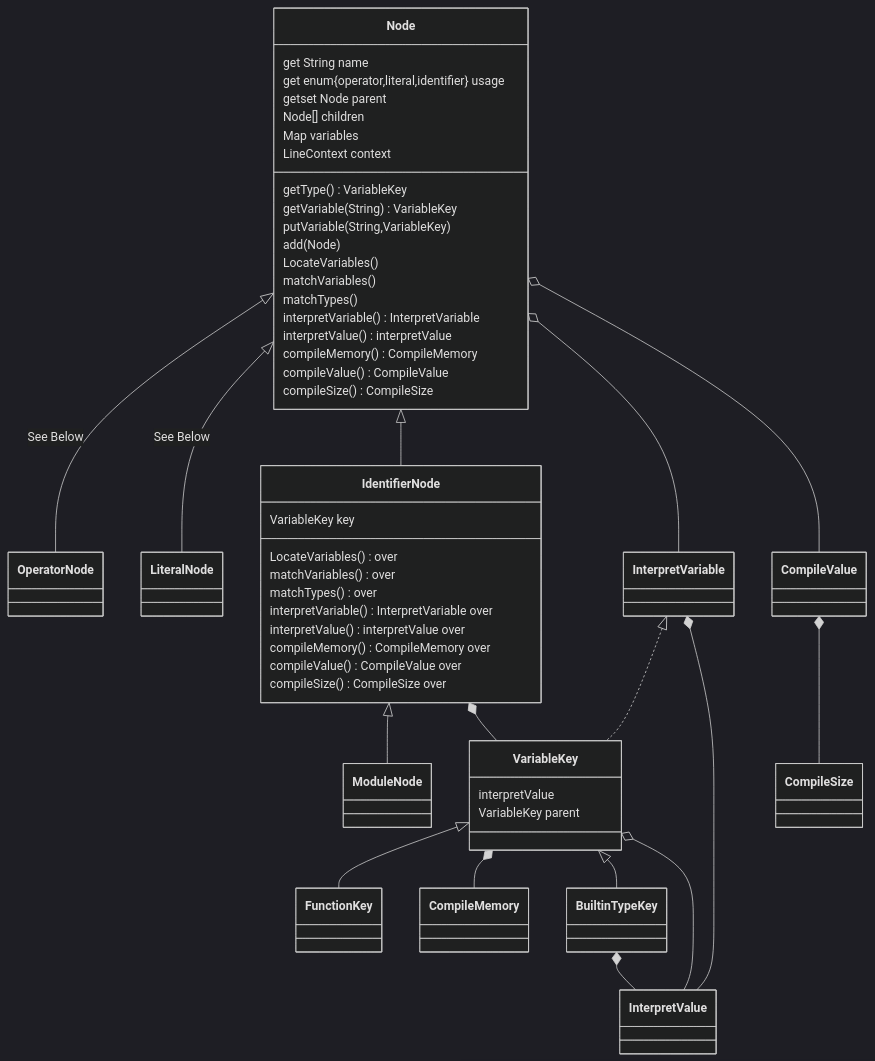
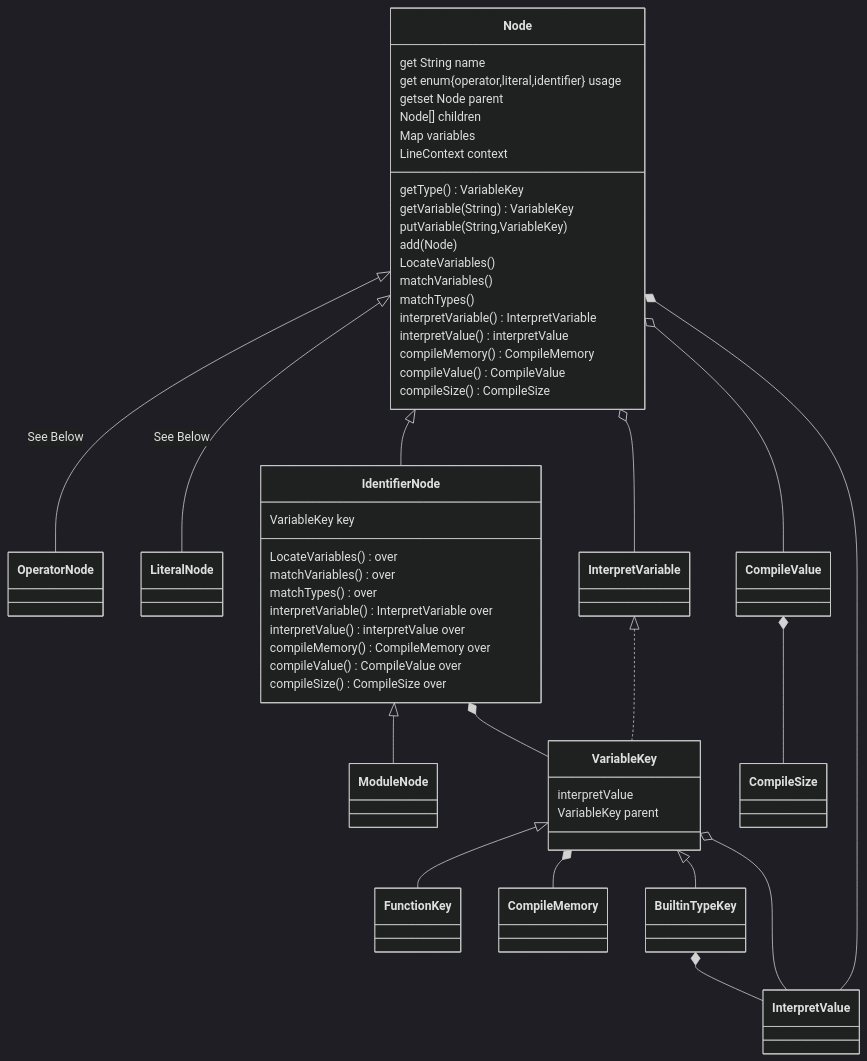
Before and after one commit to Jzhyang1/Monomer: the first of 4 diagrams in README.md, drawn with Mermaid (dark theme). The commit also changed other lines of this file, not shown here.

````diff
--- a/README.md
+++ b/README.md
@@ -239,50 +239,50 @@
 ```mermaid
 classDiagram
 Node <|-- OperatorNode: See Below
 Node <|-- LiteralNode: See Below
 Node <|-- IdentifierNode
 Node o-- InterpretVariable
 IdentifierNode <|-- ModuleNode
 IdentifierNode *-- VariableKey
 VariableKey <|-- FunctionKey
 VariableKey *-- CompileMemory
 VariableKey <|-- BuiltinTypeKey
 BuiltinTypeKey *-- InterpretValue
 VariableKey o-- InterpretValue
 InterpretVariable <|.. VariableKey
 CompileValue *-- CompileSize
 Node o-- CompileValue
-InterpretVariable *-- InterpretValue
+Node *-- InterpretValue
 
 Node: get String name
 Node: get enum{operator,literal,identifier} usage
 Node: getset Node parent
 Node: Node[] children
 Node: Map<String, VariableKey> variables
 Node: LineContext context
 Node: getType() VariableKey
 Node: getVariable(String) VariableKey
 Node: putVariable(String,VariableKey)
 Node: add(Node)
 Node: LocateVariables()
 Node: matchVariables()
 Node: matchTypes()
 Node: interpretVariable() InterpretVariable
 Node: interpretValue() interpretValue
 Node: compileMemory() CompileMemory
 Node: compileValue() CompileValue
 Node: compileSize() CompileSize
 
 IdentifierNode: VariableKey key
 IdentifierNode: LocateVariables() over
 IdentifierNode: matchVariables() over
 IdentifierNode: matchTypes() over
 IdentifierNode: interpretVariable() InterpretVariable over
 IdentifierNode: interpretValue() interpretValue over
 IdentifierNode: compileMemory() CompileMemory over
 IdentifierNode: compileValue() CompileValue over
 IdentifierNode: compileSize() CompileSize over
 
 VariableKey: interpretValue
 VariableKey: VariableKey parent
 ```
````
